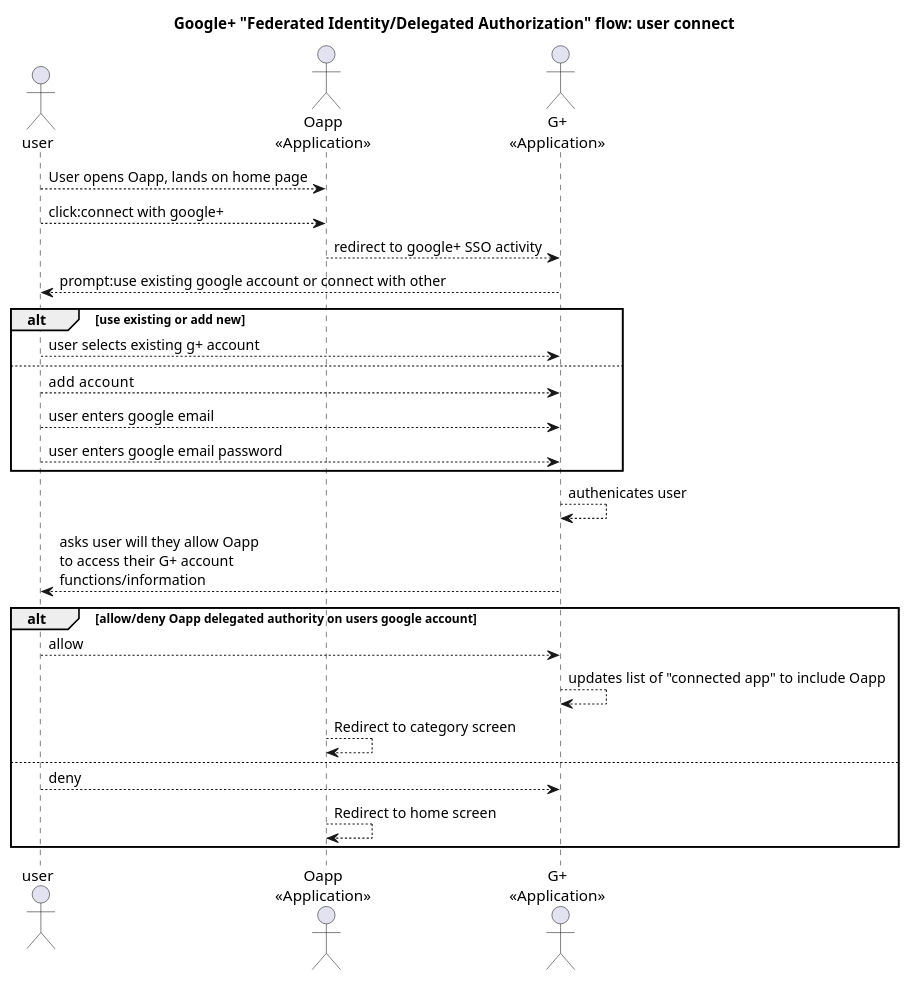
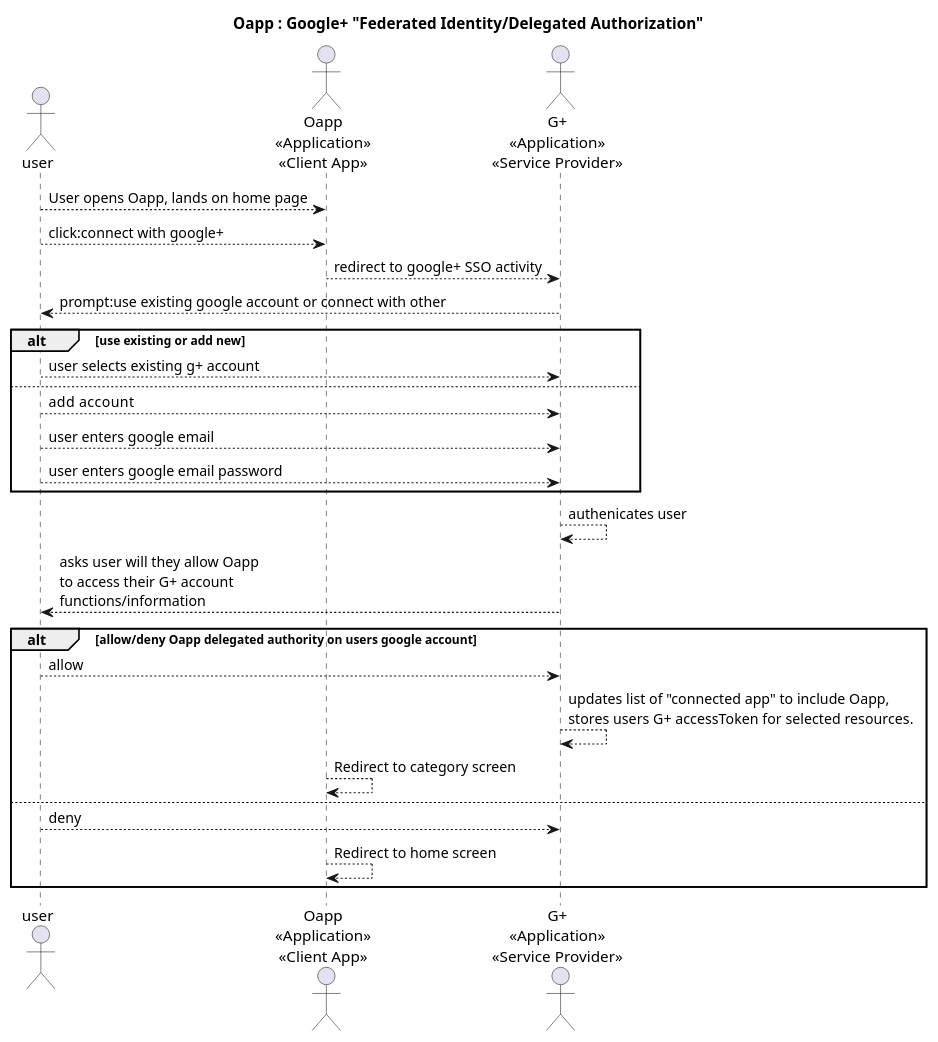
One commit to gerardcarroll/oaa changed the diagram in docs/google-federated-identity.puml. Above: the diagram before and after it, drawn with PlantUML. The commit also changed 3 other files, not shown here.

Commit message:
sequence diagrams; G+ and generic oauth flow

```diff
--- a/docs/google-federated-identity.puml
+++ b/docs/google-federated-identity.puml
@@ -1,32 +1,32 @@
 @startuml
 actor user as u
-actor "Oapp\n<<Application>>" as Oapp
-actor "G+\n<<Application>>" as gPlus
+actor "Oapp\n<<Application>>\n<<Client App>>" as Oapp
+actor "G+\n<<Application>>\n<<Service Provider>>" as gPlus
 
 u --> Oapp: User opens Oapp, lands on home page
 u --> Oapp: click:connect with google+
 Oapp --> gPlus:redirect to google+ SSO activity
 gPlus --> u:prompt:use existing google account or connect with other
 alt use existing or add new
 u --> gPlus: user selects existing g+ account
 else
 u --> gPlus: add  account
 u --> gPlus: user enters google email
 u --> gPlus: user enters google email password
 end
 
 gPlus --> gPlus: authenicates user
 gPlus -->  u: asks user will they allow Oapp \nto access their G+ account \nfunctions/information
 alt allow/deny Oapp delegated authority on users google account
 u --> gPlus: allow
-gPlus --> gPlus: updates list of "connected app" to include Oapp
+gPlus --> gPlus: updates list of "connected app" to include Oapp, \nstores users G+ accessToken for selected resources.
 Oapp --> Oapp: Redirect to category screen
 else
 u --> gPlus: deny
 Oapp --> Oapp: Redirect to home screen
 end
 
 
-title "Google+ "Federated Identity/Delegated Authorization" flow: user connect"
+title Oapp : Google+ "Federated Identity/Delegated Authorization"
 
 @enduml
```
